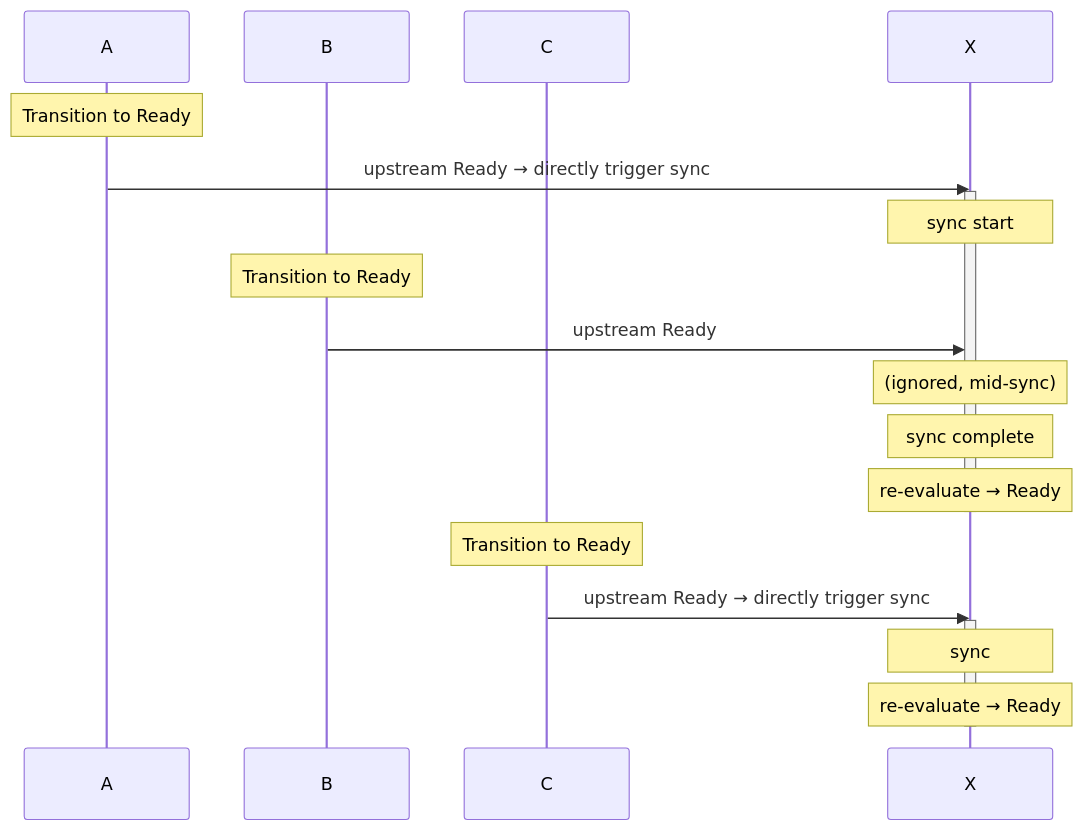
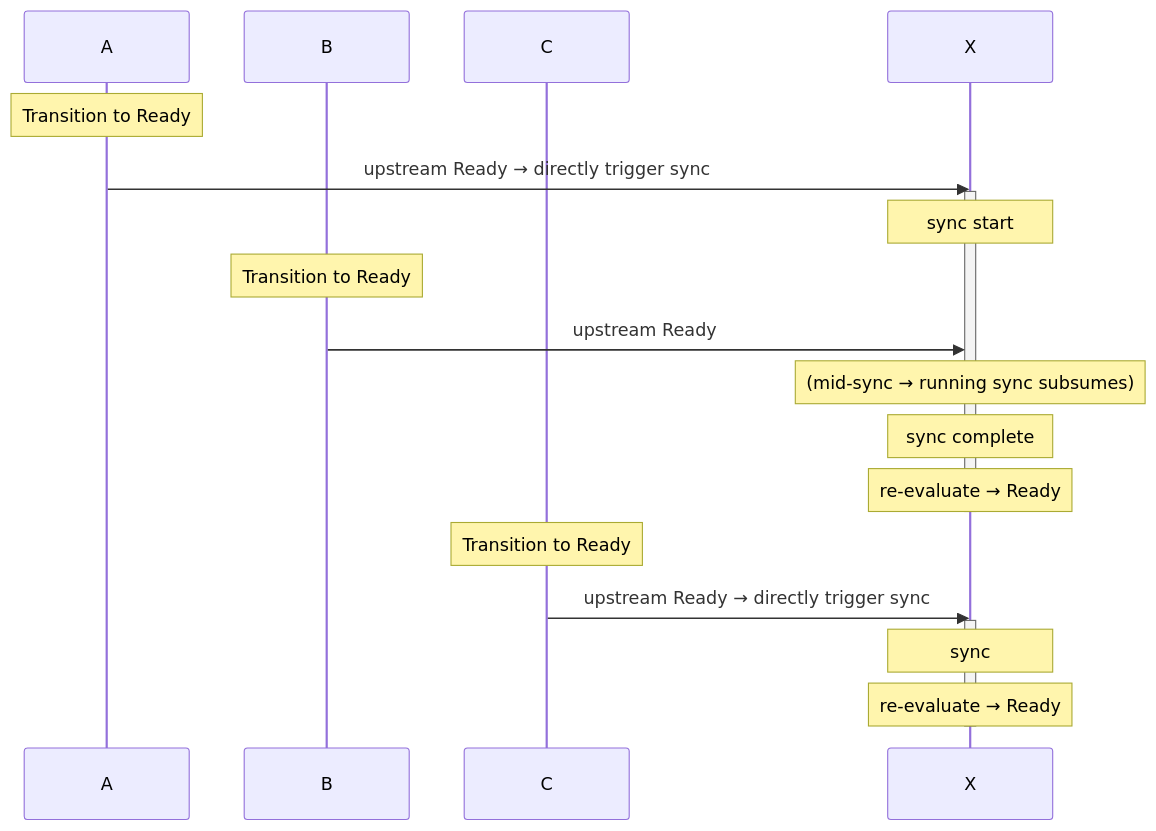
The fourth of 13 diagrams in docs/en/architecture/serve/scenarios.md (nagi-project/nagi), drawn with Mermaid before and after one commit. The commit also changed other lines of this file and 1 other file, not shown here.

Commit message:
docs(serve): update scenarios to describe sync subsumption instead of ignore

````diff
--- a/docs/en/architecture/serve/scenarios.md
+++ b/docs/en/architecture/serve/scenarios.md
@@ -52,27 +52,27 @@
 ```mermaid
 sequenceDiagram
     participant A
     participant B
     participant C
     participant X
 
     Note over A: Transition to Ready
     A->>X: upstream Ready → directly trigger sync
     activate X
     Note over X: sync start
 
     Note over B: Transition to Ready
     B->>X: upstream Ready
-    Note over X: (ignored, mid-sync)
+    Note over X: (mid-sync → running sync subsumes)
 
     Note over X: sync complete
     Note over X: re-evaluate → Ready
     deactivate X
 
     Note over C: Transition to Ready
     C->>X: upstream Ready → directly trigger sync
     activate X
     Note over X: sync
     Note over X: re-evaluate → Ready
     deactivate X
 ```
````
